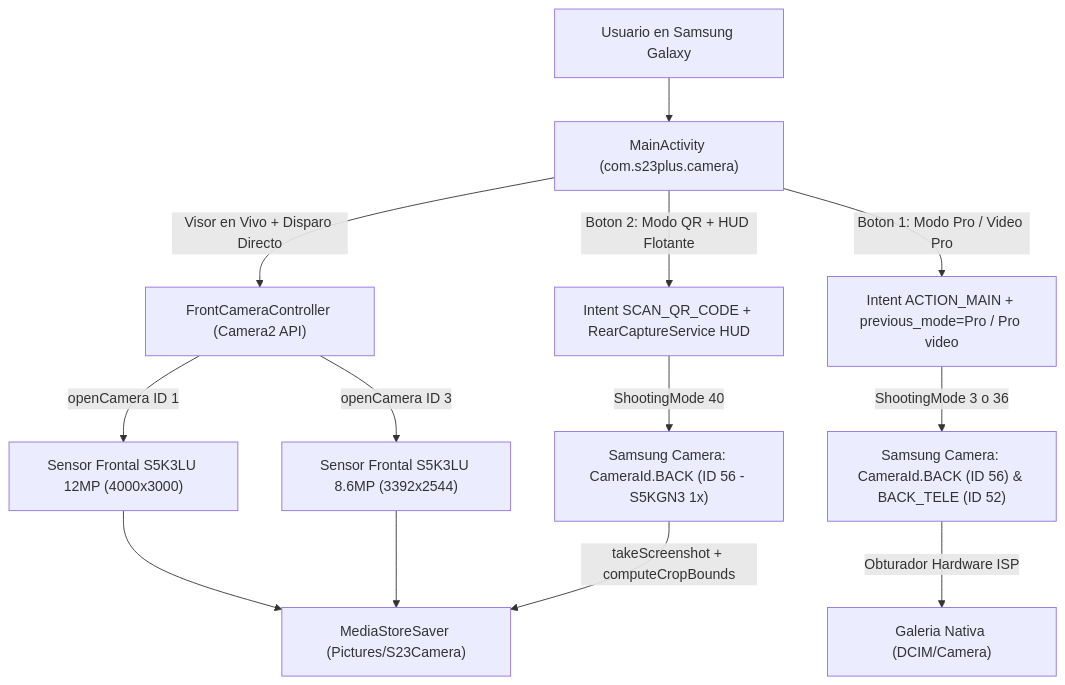
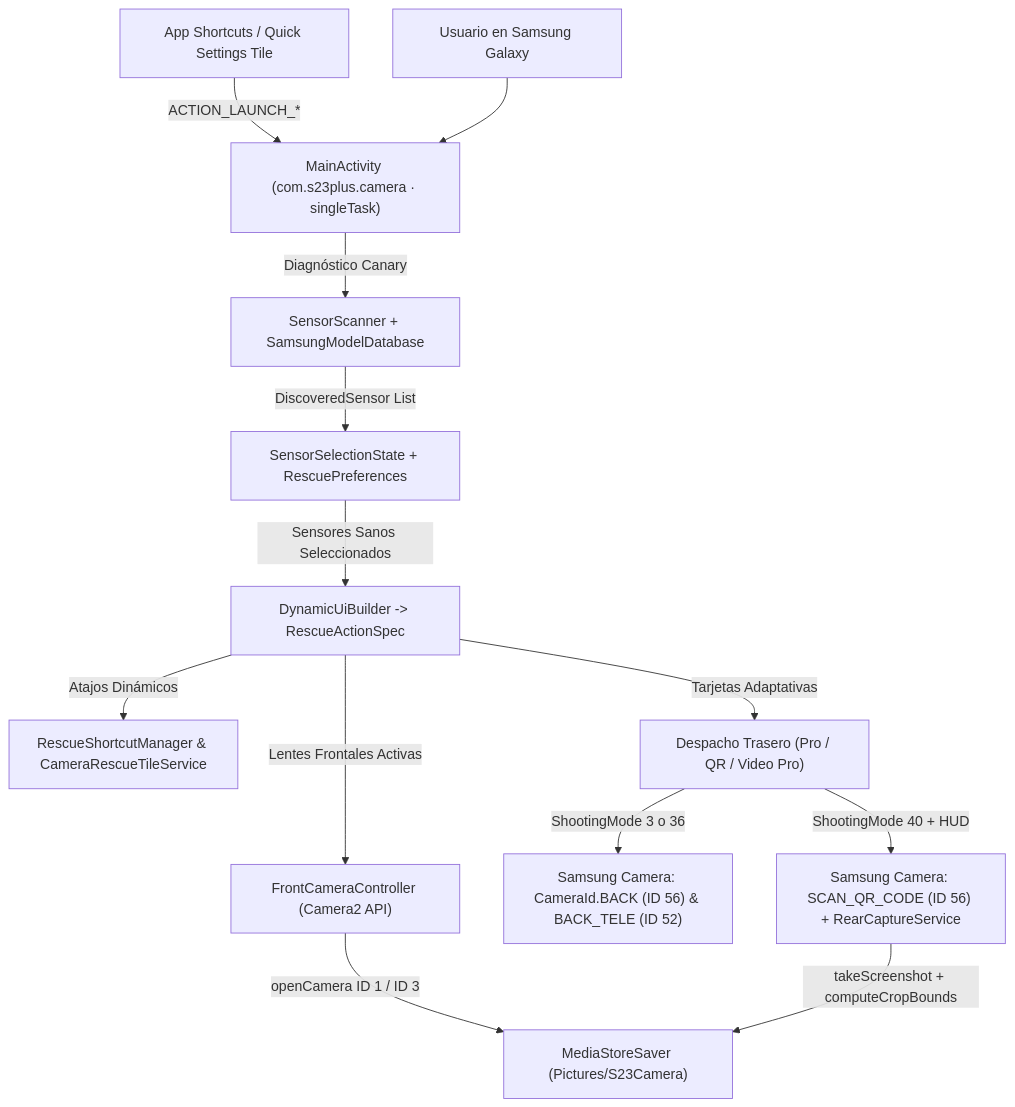
Before and after one commit to benedetto597/camera-rescue: the diagram in docs/architecture.md, drawn with Mermaid. The commit also changed other lines of this file and 4 other files, not shown here.

Commit message:
docs: document v1.3.0 dynamic selector, UI builder, shortcuts, and quick tile

````diff
--- a/docs/architecture.md
+++ b/docs/architecture.md
@@ -7,18 +7,18 @@
 ```mermaid
 flowchart TD
-    User["Usuario en Samsung Galaxy"] --> MainActivity["MainActivity (com.s23plus.camera)"]
+    Launcher["App Shortcuts / Quick Settings Tile"] -->|ACTION_LAUNCH_*| MainActivity["MainActivity (com.s23plus.camera · singleTask)"]
+    User["Usuario en Samsung Galaxy"] --> MainActivity
 
-    MainActivity -->|Visor en Vivo + Disparo Directo| FrontCtrl["FrontCameraController (Camera2 API)"]
-    FrontCtrl -->|openCamera ID 1| FrontWide["Sensor Frontal S5K3LU 12MP (4000x3000)"]
-    FrontCtrl -->|openCamera ID 3| FrontNorm["Sensor Frontal S5K3LU 8.6MP (3392x2544)"]
-    FrontWide --> MediaStore["MediaStoreSaver (Pictures/S23Camera)"]
-    FrontNorm --> MediaStore
+    MainActivity -->|Diagnóstico Canary| Scanner["SensorScanner + SamsungModelDatabase"]
+    Scanner -->|DiscoveredSensor List| Selection["SensorSelectionState + RescuePreferences"]
+    Selection -->|Sensores Sanos Seleccionados| Builder["DynamicUiBuilder -> RescueActionSpec"]
 
-    MainActivity -->|Boton 1: Modo Pro / Video Pro| ProIntent["Intent ACTION_MAIN + previous_mode=Pro / Pro video"]
-    ProIntent -->|ShootingMode 3 o 36| NativePro["Samsung Camera: CameraId.BACK (ID 56) & BACK_TELE (ID 52)"]
-    NativePro -->|Obturador Hardware ISP| NativeDCIM["Galeria Nativa (DCIM/Camera)"]
+    Builder -->|Atajos Dinámicos| Shortcuts["RescueShortcutManager & CameraRescueTileService"]
+    Builder -->|Tarjetas Adaptativas| RearDispatch["Despacho Trasero (Pro / QR / Video Pro)"]
+    Builder -->|Lentes Frontales Activas| FrontCtrl["FrontCameraController (Camera2 API)"]
 
-    MainActivity -->|Boton 2: Modo QR + HUD Flotante| QrIntent["Intent SCAN_QR_CODE + RearCaptureService HUD"]
-    QrIntent -->|ShootingMode 40| NativeQr["Samsung Camera: CameraId.BACK (ID 56 - S5KGN3 1x)"]
+    FrontCtrl -->|openCamera ID 1 / ID 3| MediaStore["MediaStoreSaver (Pictures/S23Camera)"]
+    RearDispatch -->|ShootingMode 3 o 36| NativePro["Samsung Camera: CameraId.BACK (ID 56) & BACK_TELE (ID 52)"]
+    RearDispatch -->|ShootingMode 40 + HUD| NativeQr["Samsung Camera: SCAN_QR_CODE (ID 56) + RearCaptureService"]
     NativeQr -->|takeScreenshot + computeCropBounds| MediaStore
 ```
````
